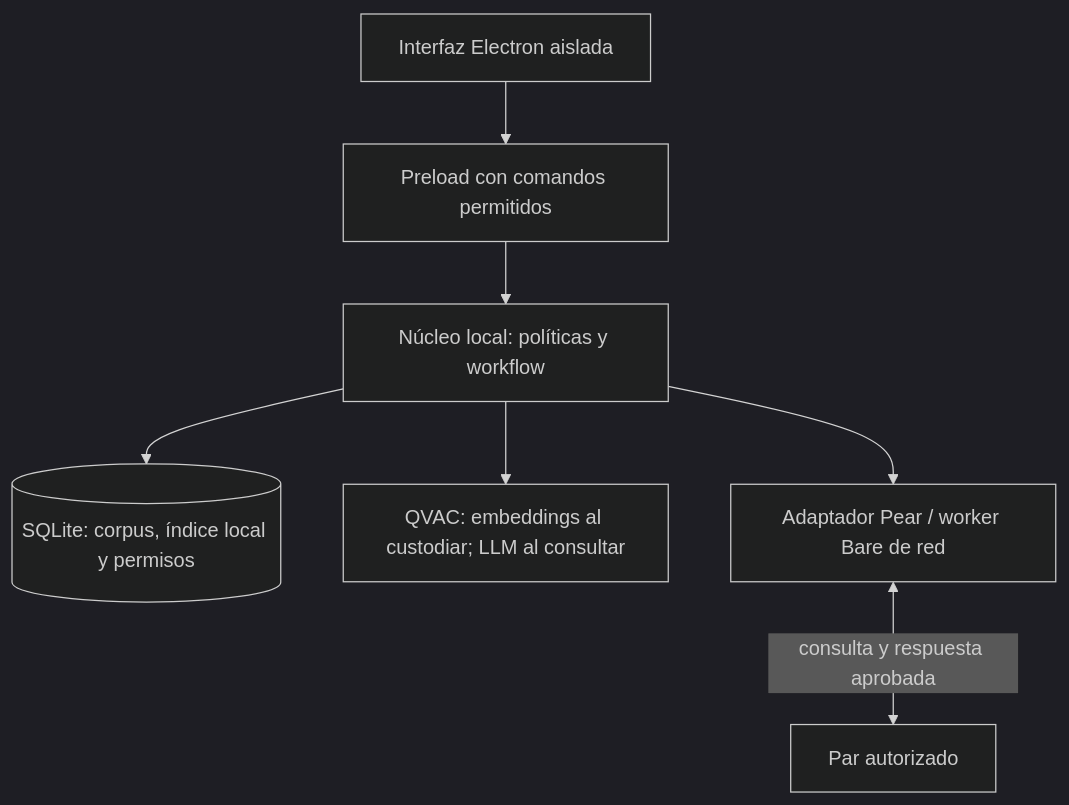
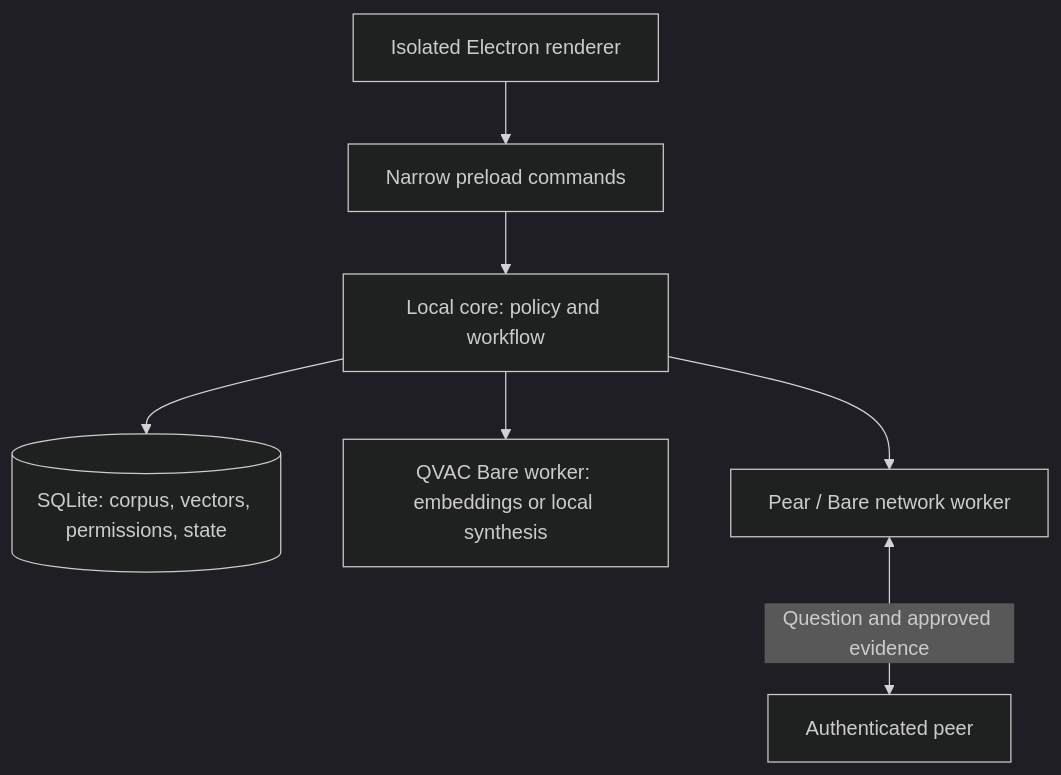
Before and after one commit to aldoapicella/kuro: the first of 2 diagrams in docs/architecture.md, drawn with Mermaid (dark theme). The commit also changed other lines of this file and 24 other files, not shown here.

Commit message:
chore: standardize KURO docs and configure Graphify

````diff
--- a/docs/architecture.md
+++ b/docs/architecture.md
@@ -202,10 +140,9 @@
 ```mermaid
-%% topology
 flowchart TB
-  UI[Interfaz Electron aislada] --> IPC[Preload con comandos permitidos]
-  IPC --> APP[Núcleo local: políticas y workflow]
-  APP --> DB[(SQLite: corpus, índice local y permisos)]
-  APP --> Q[QVAC: embeddings al custodiar; LLM al consultar]
-  APP --> P[Adaptador Pear / worker Bare de red]
-  P <-->|consulta y respuesta aprobada| B[Par autorizado]
+  UI[Isolated Electron renderer] --> IPC[Narrow preload commands]
+  IPC --> CORE[Local core: policy and workflow]
+  CORE --> DB[(SQLite: corpus, vectors, permissions, state)]
+  CORE --> AI[QVAC Bare worker: embeddings or local synthesis]
+  CORE --> NET[Pear / Bare network worker]
+  NET <-->|Question and approved evidence| PEER[Authenticated peer]
 ```
````
